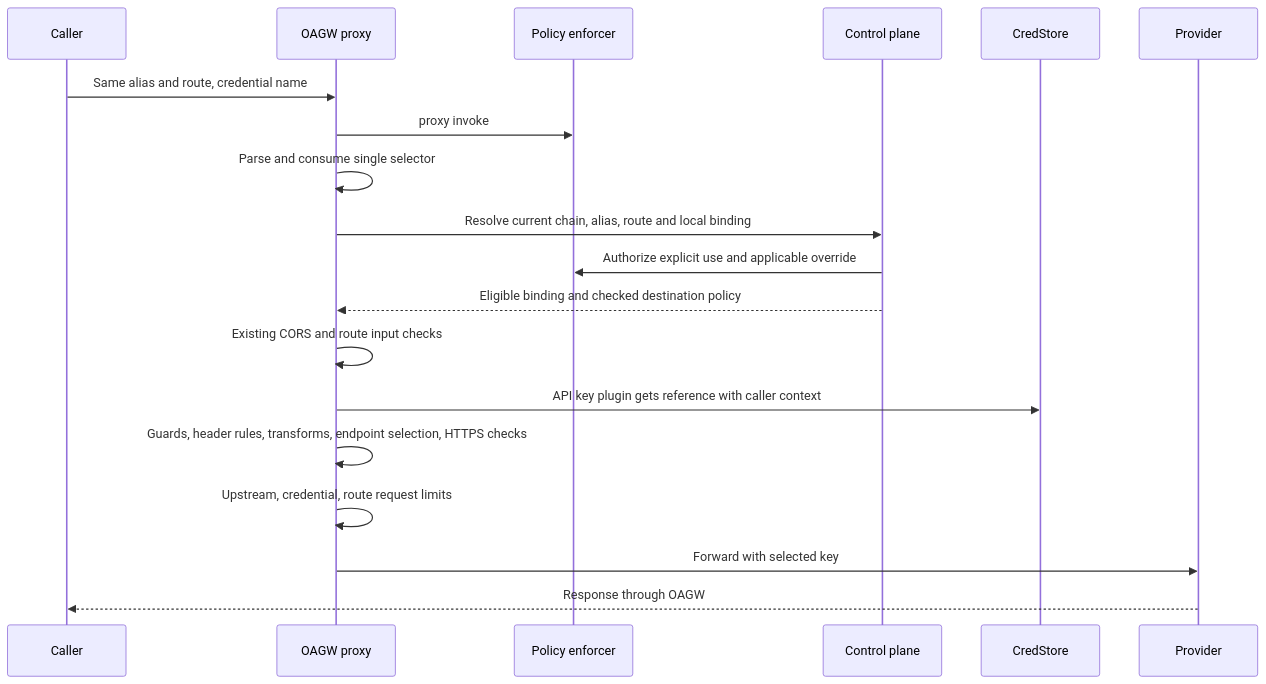
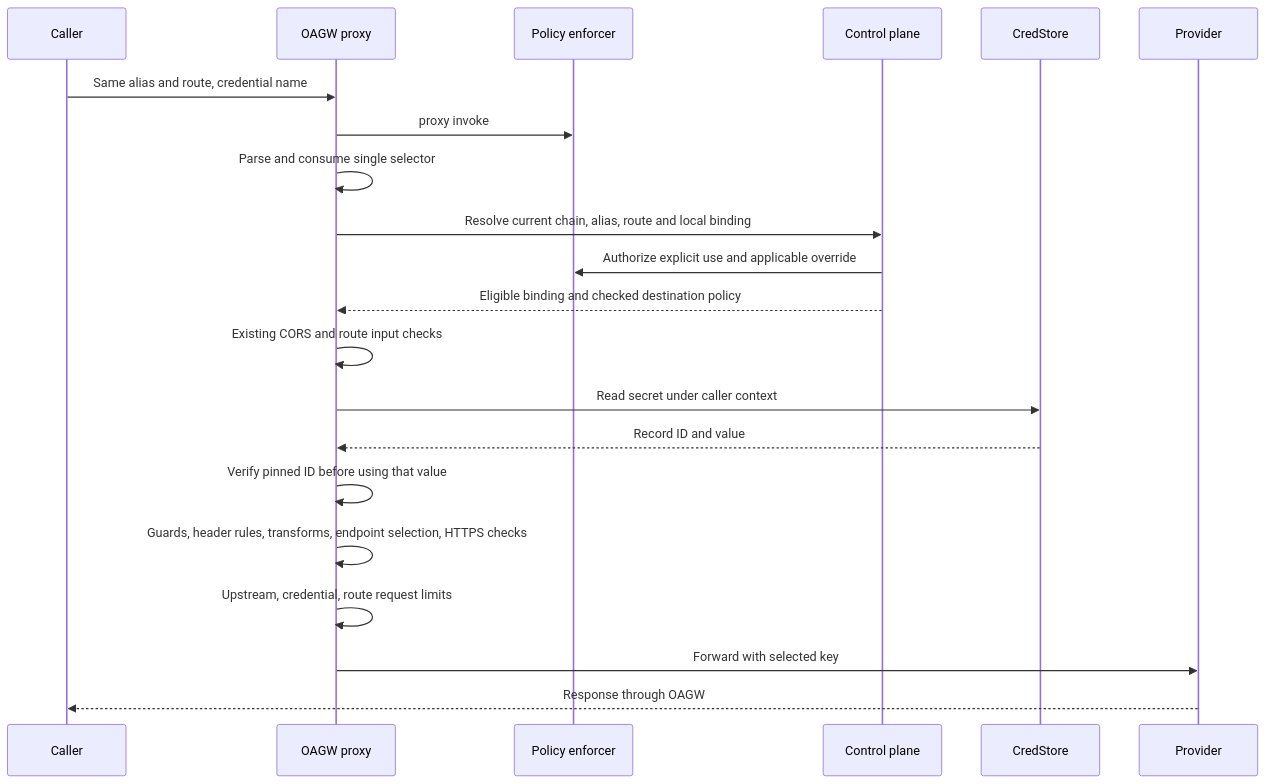
One commit to diffora/gears-rust changed the diagram in gears/system/oagw/docs/ADR/0021-credential-bindings.md. Above: the diagram before and after it, drawn with Mermaid. The commit also changed other lines of this file and 5 other files, not shown here.

````diff
--- a/gears/system/oagw/docs/ADR/0021-credential-bindings.md
+++ b/gears/system/oagw/docs/ADR/0021-credential-bindings.md
@@ -119,21 +123,23 @@
 ```mermaid
 sequenceDiagram
     participant C as Caller
     participant P as OAGW proxy
     participant A as Policy enforcer
     participant R as Control plane
     participant S as CredStore
     participant U as Provider
     C->>P: Same alias and route, credential name
     P->>A: proxy invoke
     P->>P: Parse and consume single selector
     P->>R: Resolve current chain, alias, route and local binding
     R->>A: Authorize explicit use and applicable override
     R-->>P: Eligible binding and checked destination policy
     P->>P: Existing CORS and route input checks
-    P->>S: API key plugin gets reference with caller context
+    P->>S: Read secret under caller context
+    S-->>P: Record ID and value
+    P->>P: Verify pinned ID before using that value
     P->>P: Guards, header rules, transforms, endpoint selection, HTTPS checks
     P->>P: Upstream, credential, route request limits
     P->>U: Forward with selected key
     U-->>C: Response through OAGW
 ```
````
